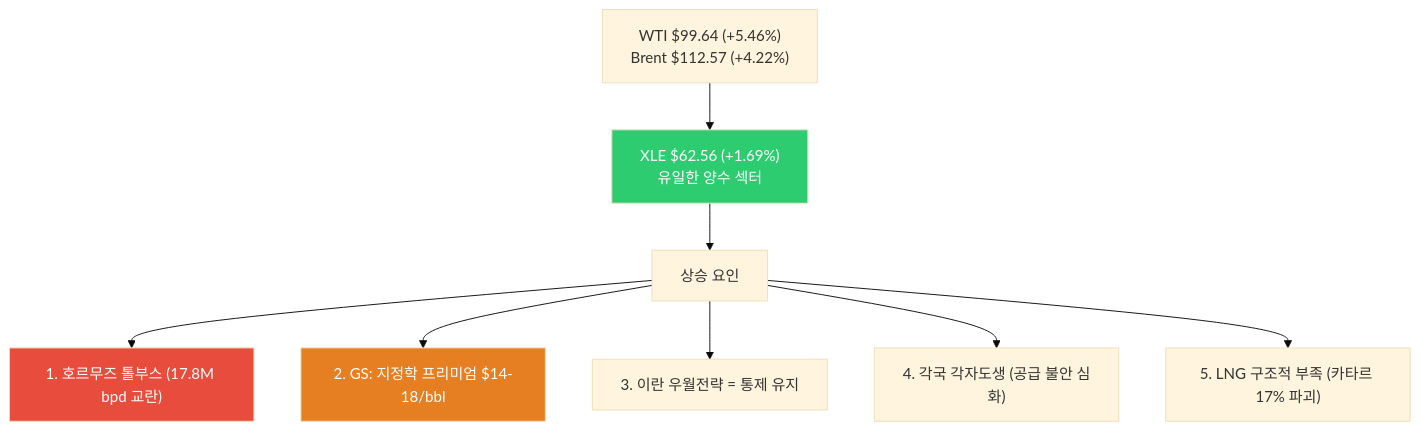
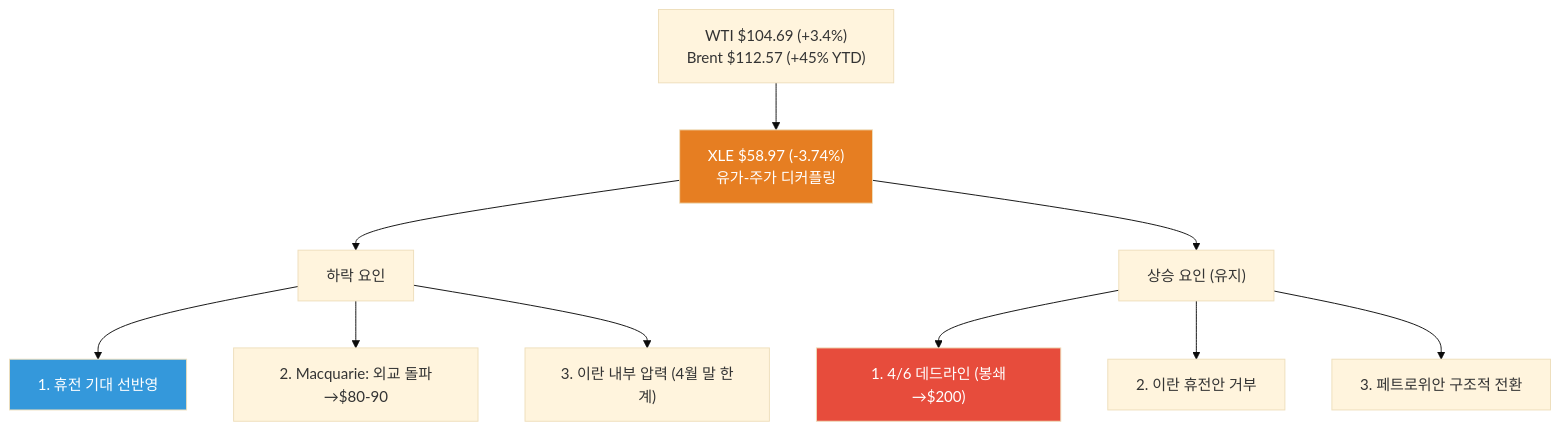
Before and after one commit to dss99911/dss99911.github.io: the sixth of 11 diagrams in _posts/knowledge/invest/2026-03-07-energy-sector-outlook-2026.md, drawn with Mermaid (base theme). The commit also changed other lines of this file and 3 other files, not shown here.

First line of the commit message:
투자 데일리 트랙킹 2026-04-02: KOSPI +9.75% 폭등, 휴전 기대, 4/6 호르무즈 데드라인

````diff
--- a/_posts/knowledge/invest/2026-03-07-energy-sector-outlook-2026.md
+++ b/_posts/knowledge/invest/2026-03-07-energy-sector-outlook-2026.md
@@ -238,15 +239,18 @@
 ```mermaid
 graph TD
-    A["WTI $99.64 #40;+5.46%#41;<br/>Brent $112.57 #40;+4.22%#41;"] --> B["XLE $62.56 #40;+1.69%#41;<br/>유일한 양수 섹터"]
+    A["WTI $104.69 #40;+3.4%#41;<br/>Brent $112.57 #40;+45% YTD#41;"] --> B["XLE $58.97 #40;-3.74%#41;<br/>유가-주가 디커플링"]
 
-    B --> C["상승 요인"]
-    C --> D["1. 호르무즈 톨부스 #40;17.8M bpd 교란#41;"]
-    C --> E["2. GS: 지정학 프리미엄 $14-18/bbl"]
-    C --> F["3. 이란 우월전략 = 통제 유지"]
-    C --> G["4. 각국 각자도생 #40;공급 불안 심화#41;"]
-    C --> G2["5. LNG 구조적 부족 #40;카타르 17% 파괴#41;"]
+    B --> C["하락 요인"]
+    C --> D["1. 휴전 기대 선반영"]
+    C --> E["2. Macquarie: 외교 돌파→$80-90"]
+    C --> F["3. 이란 내부 압력 #40;4월 말 한계#41;"]
 
-    style B fill:#2ecc71,color:#fff
-    style D fill:#e74c3c,color:#fff
-    style E fill:#e67e22,color:#fff
+    B --> G["상승 요인 #40;유지#41;"]
+    G --> H["1. 4/6 데드라인 #40;봉쇄→$200#41;"]
+    G --> I["2. 이란 휴전안 거부"]
+    G --> J["3. 페트로위안 구조적 전환"]
+
+    style B fill:#e67e22,color:#fff
+    style D fill:#3498db,color:#fff
+    style H fill:#e74c3c,color:#fff
 ```
````
